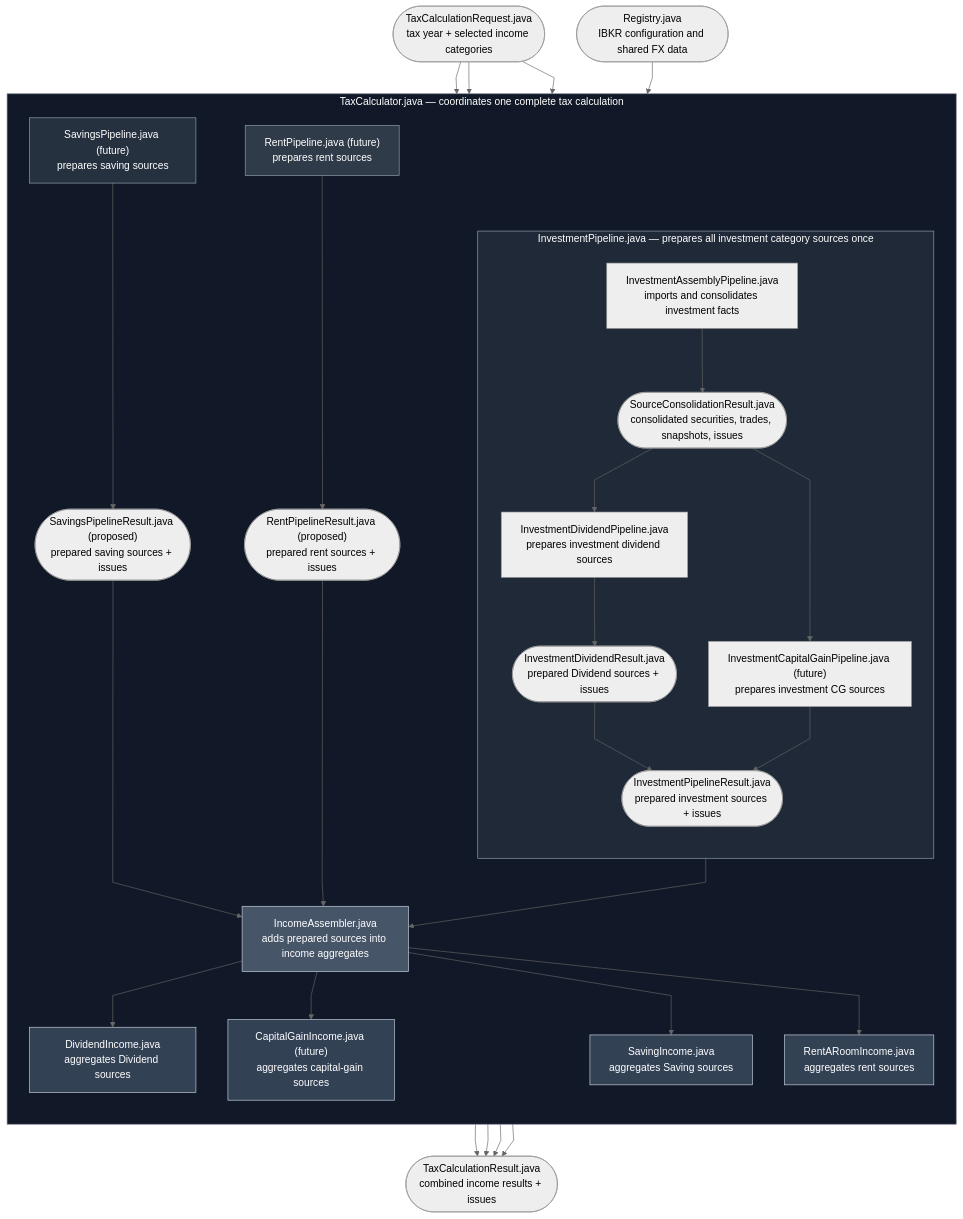
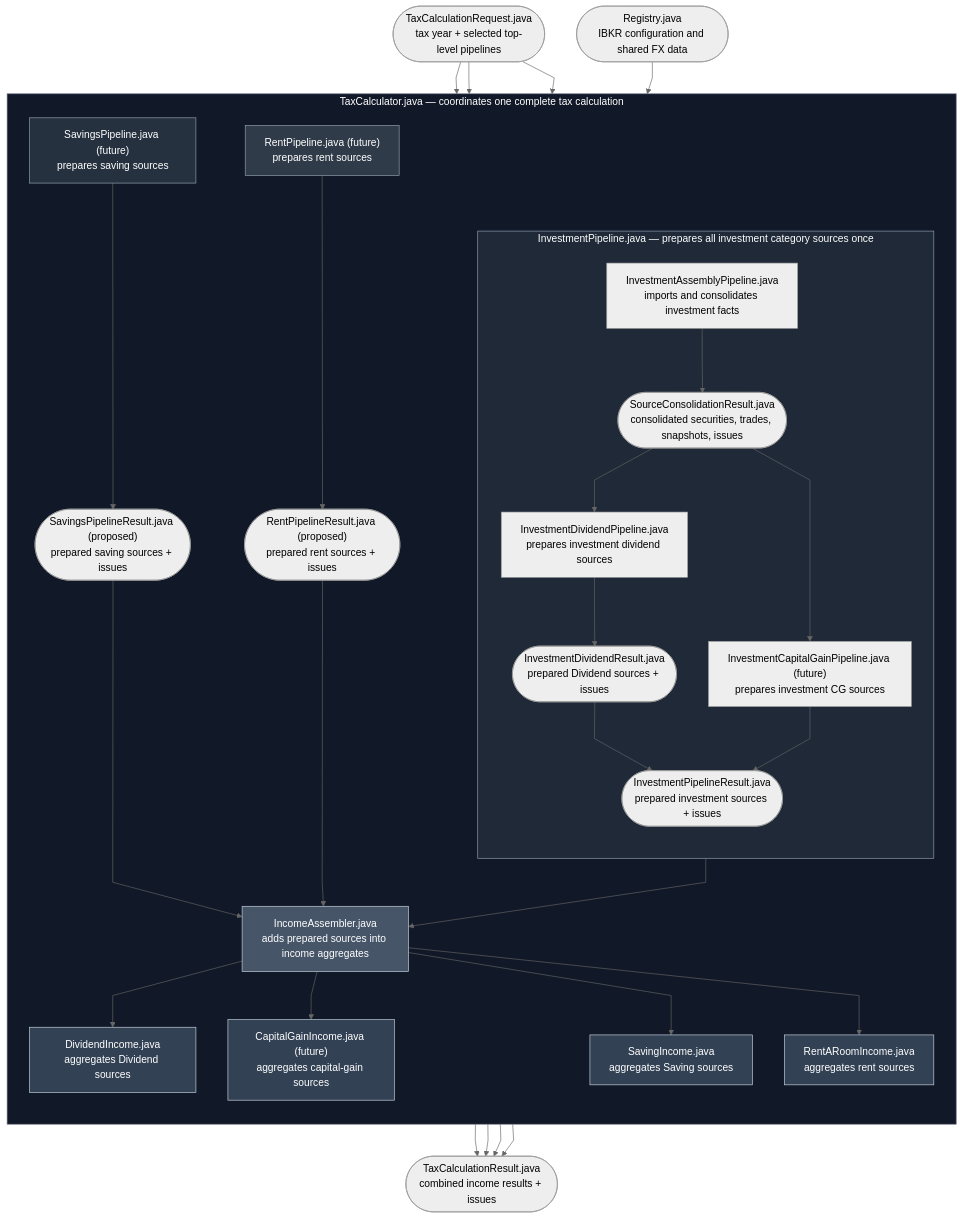
One commit to ChloeYiu/Self-Assessment-Helper changed the first of 2 diagrams in openspec/changes/acwi-dividend-run/design.md. Above: the diagram before and after it, drawn with Mermaid (neutral theme). The commit also changed other lines of this file and 11 other files, not shown here.

Commit message:
Select top-level tax pipelines

````diff
--- a/openspec/changes/acwi-dividend-run/design.md
+++ b/openspec/changes/acwi-dividend-run/design.md
@@ -21,69 +21,69 @@
 ```mermaid
 %%{init: {"flowchart": {"curve": "linear"}} }%%
 flowchart TD
-    Request(["TaxCalculationRequest.java<br/>tax year + selected income categories"])
+    Request(["TaxCalculationRequest.java<br/>tax year + selected top-level pipelines"])
     Registry(["Registry.java<br/>IBKR configuration and shared FX data"])
 
     subgraph TaxCalculator["TaxCalculator.java — coordinates one complete tax calculation"]
         direction TB
         subgraph Investment["InvestmentPipeline.java — prepares all investment category sources once"]
             direction TB
             Assembly["InvestmentAssemblyPipeline.java<br/>imports and consolidates investment facts"]
             Sources(["SourceConsolidationResult.java<br/>consolidated securities, trades, snapshots, issues"])
             DividendPipeline["InvestmentDividendPipeline.java<br/>prepares investment dividend sources"]
             DividendResult(["InvestmentDividendResult.java<br/>prepared Dividend sources + issues"])
             CapitalGainPipeline["InvestmentCapitalGainPipeline.java (future)<br/>prepares investment CG sources"]
             InvestmentResult(["InvestmentPipelineResult.java<br/>prepared investment sources + issues"])
 
             Assembly --> Sources
             Sources --> DividendPipeline
             DividendPipeline --> DividendResult
             DividendResult --> InvestmentResult
             Sources --> CapitalGainPipeline
             CapitalGainPipeline --> InvestmentResult
         end
 
         Savings["SavingsPipeline.java (future)<br/>prepares saving sources"]
         SavingsResult(["SavingsPipelineResult.java (proposed)<br/>prepared saving sources + issues"])
         Rent["RentPipeline.java (future)<br/>prepares rent sources"]
         RentResult(["RentPipelineResult.java (proposed)<br/>prepared rent sources + issues"])
 
         IncomeAssembler["IncomeAssembler.java<br/>adds prepared sources into income aggregates"]
         DividendIncome["DividendIncome.java<br/>aggregates Dividend sources"]
         CapitalGainIncome["CapitalGainIncome.java (future)<br/>aggregates capital-gain sources"]
         SavingIncome["SavingIncome.java<br/>aggregates Saving sources"]
         RentIncome["RentARoomIncome.java<br/>aggregates rent sources"]
 
         Savings --> SavingsResult
         Rent --> RentResult
         InvestmentResult --> IncomeAssembler
         SavingsResult --> IncomeAssembler
         RentResult --> IncomeAssembler
         IncomeAssembler --> DividendIncome
         IncomeAssembler --> CapitalGainIncome
         IncomeAssembler --> SavingIncome
         IncomeAssembler --> RentIncome
     end
 
     Result(["TaxCalculationResult.java<br/>combined income results + issues"])
 
     Request --> Investment
     Registry --> Investment
     Request --> Savings
     Request --> Rent
     DividendIncome --> Result
     CapitalGainIncome --> Result
     SavingIncome --> Result
     RentIncome --> Result
 
     style TaxCalculator fill:#111827,stroke:#6b7280,color:#ffffff
     style Investment fill:#1f2937,stroke:#94a3b8,color:#ffffff
     style Savings fill:#26313f,stroke:#94a3b8,color:#ffffff
     style Rent fill:#303b49,stroke:#94a3b8,color:#ffffff
     style IncomeAssembler fill:#475569,stroke:#cbd5e1,color:#ffffff
     style DividendIncome fill:#334155,stroke:#cbd5e1,color:#ffffff
     style CapitalGainIncome fill:#334155,stroke:#cbd5e1,color:#ffffff
     style SavingIncome fill:#334155,stroke:#cbd5e1,color:#ffffff
     style RentIncome fill:#334155,stroke:#cbd5e1,color:#ffffff
 
 ```
````
